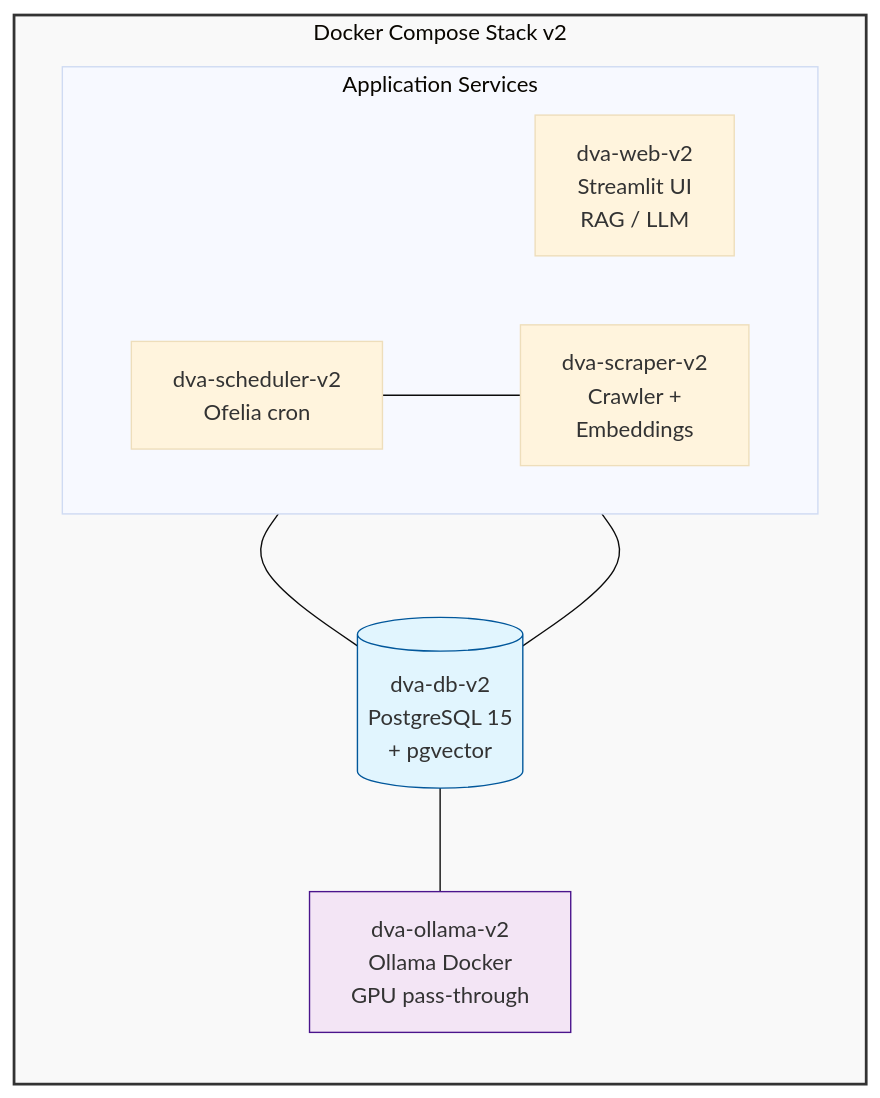
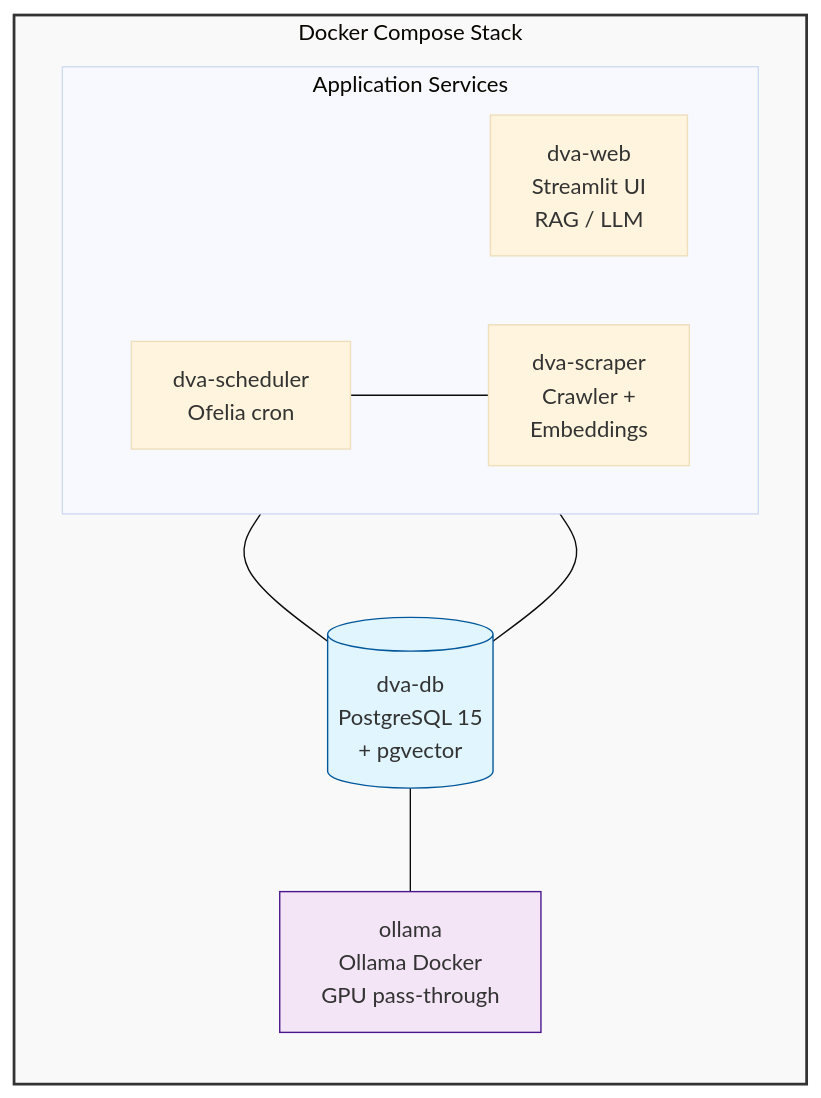
The diagram in README.md (Overlawd/dva-assistant-v2), drawn with Mermaid (base theme) before and after one commit. The commit also changed other lines of this file and 15 other files, not shown here.

````diff
--- a/README.md
+++ b/README.md
@@ -74,24 +60,24 @@
 ```mermaid
 graph TD
-    subgraph Docker_Stack [Docker Compose Stack v2]
+    subgraph Docker_Stack [Docker Compose Stack]
         direction TB
         subgraph App_Services [Application Services]
             direction LR
-            WEB[dva-web-v2<br/>Streamlit UI<br/>RAG / LLM]
-            SCR[dva-scraper-v2<br/>Crawler +<br/>Embeddings]
-            SCH[dva-scheduler-v2<br/>Ofelia cron]
+            WEB[dva-web<br/>Streamlit UI<br/>RAG / LLM]
+            SCR[dva-scraper<br/>Crawler +<br/>Embeddings]
+            SCH[dva-scheduler<br/>Ofelia cron]
         end
 
-        DB[(dva-db-v2<br/>PostgreSQL 15<br/>+ pgvector)]
-        OLL[dva-ollama-v2<br/>Ollama Docker<br/>GPU pass-through]
+        DB[(dva-db<br/>PostgreSQL 15<br/>+ pgvector)]
+        OLL[ollama<br/>Ollama Docker<br/>GPU pass-through]
 
         WEB --- DB
         SCR --- DB
         SCH --- SCR
         DB --- OLL
     end
 
     style Docker_Stack fill:#f9f9f9,stroke:#333,stroke-width:2px
     style DB fill:#e1f5fe,stroke:#01579b
     style OLL fill:#f3e5f5,stroke:#4a148c
 ```
````
